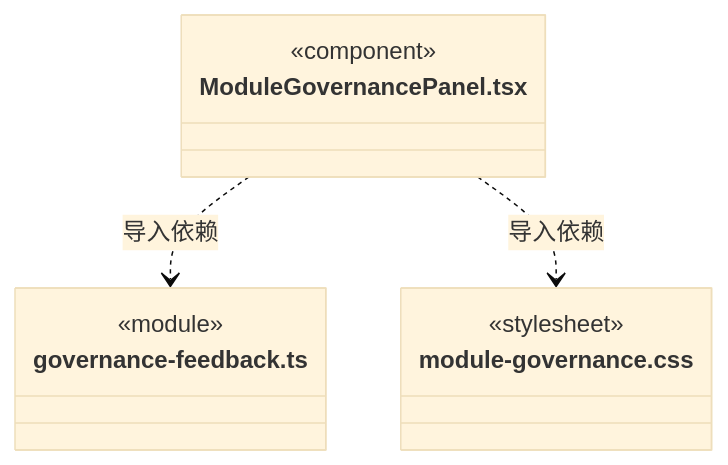
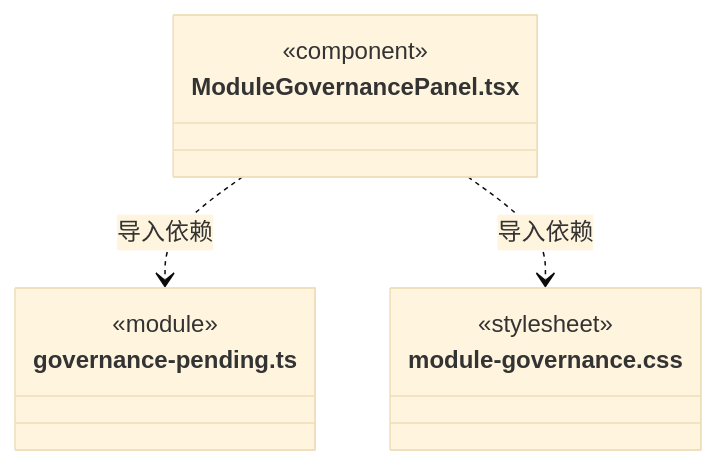
One commit to nan023062/cbim changed diagram 11 of 11 in src/view/governance/ARCHITECTURE.md. Above: the diagram before and after it, drawn with Mermaid (base theme). The commit also changed other lines of this file and 112 other files, not shown here.

Commit message:
docs: align source architecture with current declarations and contracts

````diff
--- a/src/view/governance/ARCHITECTURE.md
+++ b/src/view/governance/ARCHITECTURE.md
@@ -238,14 +235,14 @@
 ```mermaid
 classDiagram
 class N_src_view_governance_ModuleGovernancePanel_tsx["ModuleGovernancePanel.tsx"] {
   <<component>>
 }
-class N_src_view_governance_governance_feedback_ts["governance-feedback.ts"] {
+class N_src_view_governance_governance_pending_ts["governance-pending.ts"] {
   <<module>>
 }
 class N_src_view_governance_module_governance_css["module-governance.css"] {
   <<stylesheet>>
 }
-N_src_view_governance_ModuleGovernancePanel_tsx ..> N_src_view_governance_governance_feedback_ts : 导入依赖
+N_src_view_governance_ModuleGovernancePanel_tsx ..> N_src_view_governance_governance_pending_ts : 导入依赖
 N_src_view_governance_ModuleGovernancePanel_tsx ..> N_src_view_governance_module_governance_css : 导入依赖
 ```
````
